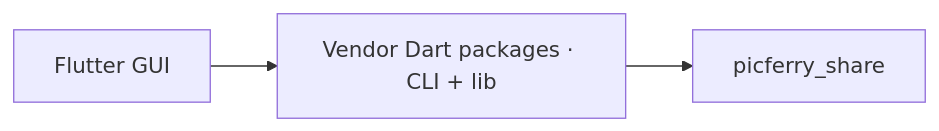
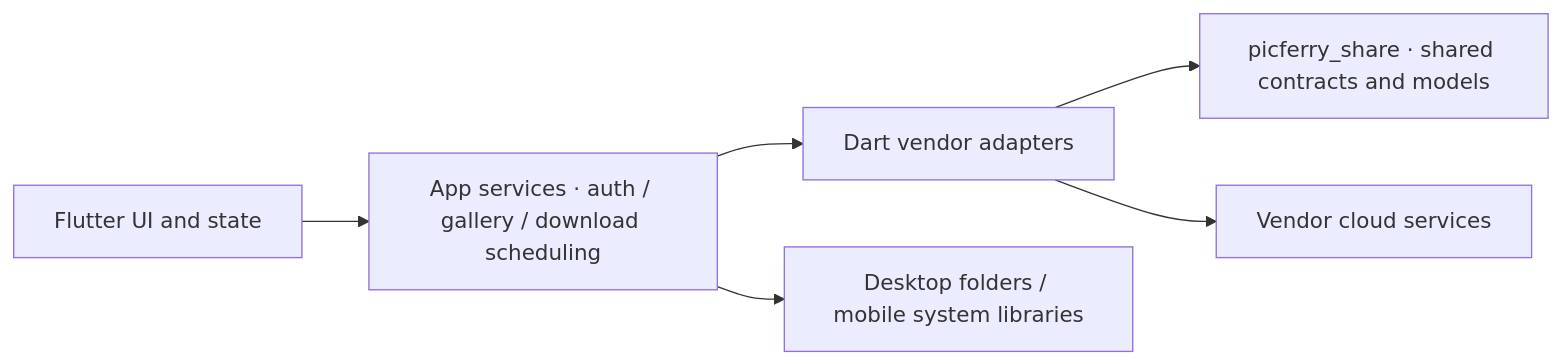
Before and after one commit to picferry/picferry-website: the diagram in src/content/docs/en/architecture.md, drawn with Mermaid. The commit also changed other lines of this file and 44 other files, not shown here.

````diff
--- a/src/content/docs/en/architecture.md
+++ b/src/content/docs/en/architecture.md
@@ -8,9 +8,15 @@
 ```mermaid
 flowchart LR
-    GUI["Flutter GUI"]
-    VENDORS["Vendor Dart packages · CLI + lib"]
-    CORE["picferry_share"]
+    GUI["Flutter UI and state"]
+    APP["App services · auth / gallery / download scheduling"]
+    VENDORS["Dart vendor adapters"]
+    CORE["picferry_share · shared contracts and models"]
+    CLOUD["Vendor cloud services"]
+    STORAGE["Desktop folders / mobile system libraries"]
 
-    GUI --> VENDORS
+    GUI --> APP
+    APP --> VENDORS
     VENDORS --> CORE
+    VENDORS --> CLOUD
+    APP --> STORAGE
 ```
````
